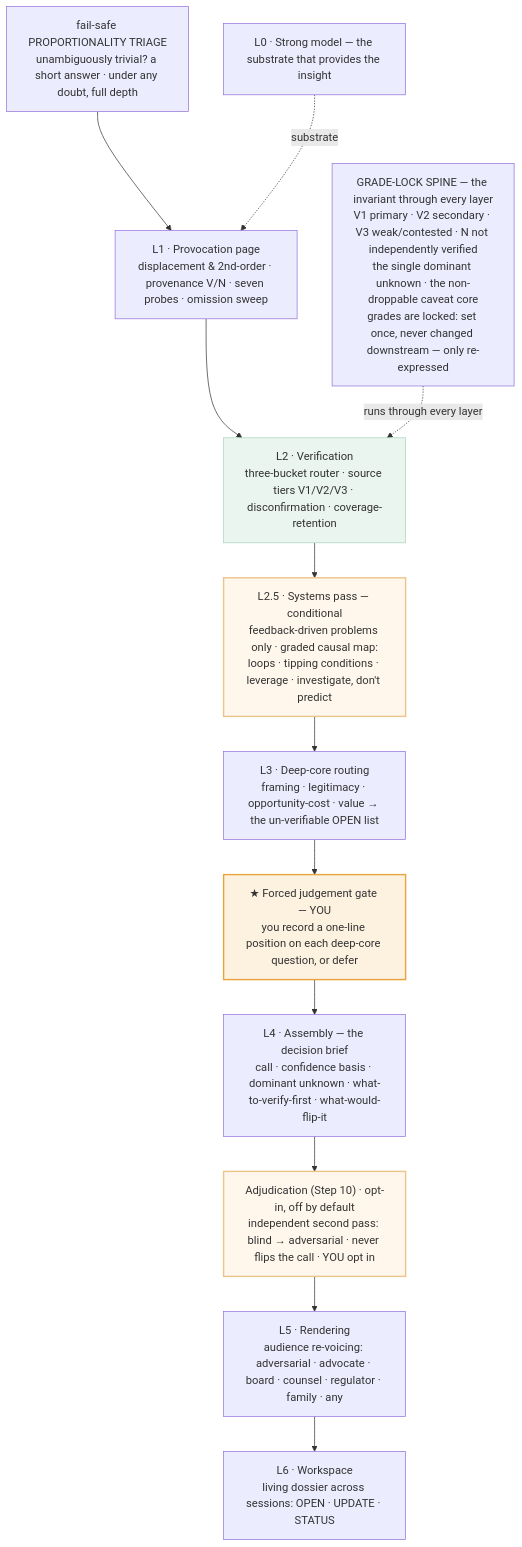
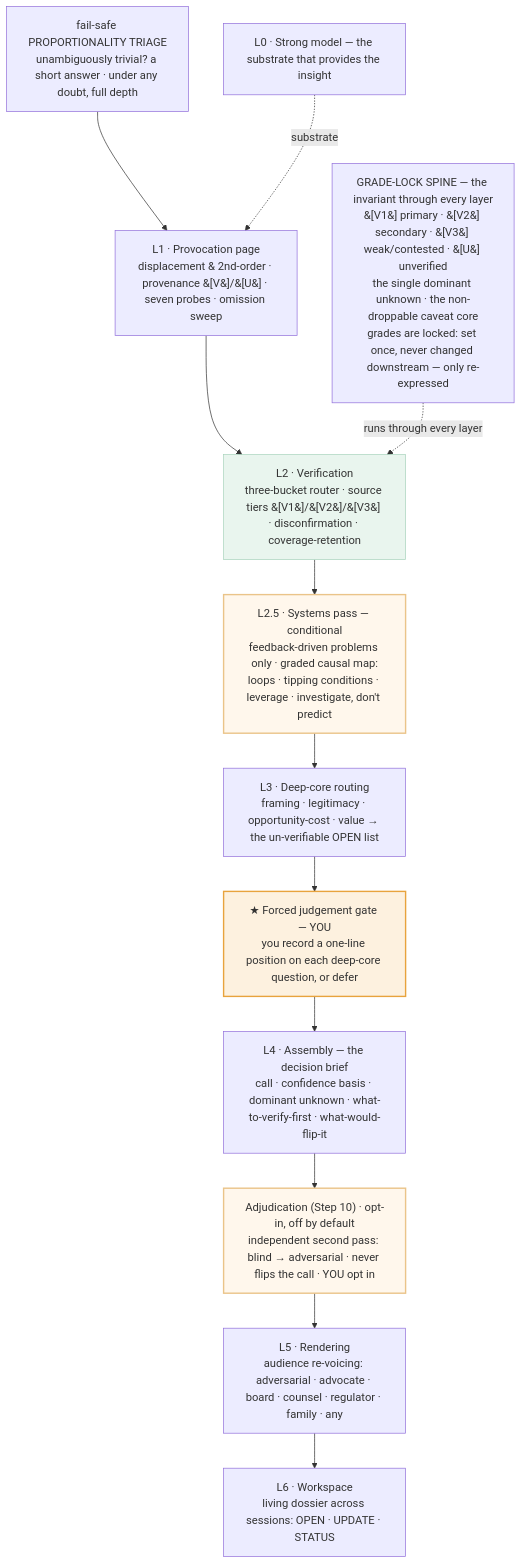
Before and after one commit to ComplexAR/Insight-Engine: the first of 2 diagrams in docs/User-Operating-Guide.md, drawn with Mermaid. The commit also changed other lines of this file and 19 other files, not shown here.

````diff
--- a/docs/User-Operating-Guide.md
+++ b/docs/User-Operating-Guide.md
@@ -47,23 +47,23 @@
 ```mermaid
 flowchart TD
     TR["fail-safe PROPORTIONALITY TRIAGE<br/>unambiguously trivial? a short answer · under any doubt, full depth"]
-    TR --> L1["L1 · Provocation page<br/>displacement &amp; 2nd-order · provenance V/N · seven probes · omission sweep"]
-    L1 --> L2["L2 · Verification<br/>three-bucket router · source tiers V1/V2/V3 · disconfirmation · coverage-retention"]
+    TR --> L1["L1 · Provocation page<br/>displacement &amp; 2nd-order · provenance &#91;V&#93;/&#91;U&#93; · seven probes · omission sweep"]
+    L1 --> L2["L2 · Verification<br/>three-bucket router · source tiers &#91;V1&#93;/&#91;V2&#93;/&#91;V3&#93; · disconfirmation · coverage-retention"]
     L2 --> L25["L2.5 · Systems pass — conditional<br/>feedback-driven problems only · graded causal map:<br/>loops · tipping conditions · leverage · investigate, don't predict"]
     L25 --> L3["L3 · Deep-core routing<br/>framing · legitimacy · opportunity-cost · value → the un-verifiable OPEN list"]
     L3 --> GATE["★ Forced judgement gate — YOU<br/>you record a one-line position on each deep-core question, or defer"]
     GATE --> L4["L4 · Assembly — the decision brief<br/>call · confidence basis · dominant unknown · what-to-verify-first · what-would-flip-it"]
     L4 --> ADJ["Adjudication (Step 10) · opt-in, off by default<br/>independent second pass: blind → adversarial · never flips the call · YOU opt in"]
     ADJ --> L5["L5 · Rendering<br/>audience re-voicing: adversarial · advocate · board · counsel · regulator · family · any"]
     L5 --> L6["L6 · Workspace<br/>living dossier across sessions: OPEN · UPDATE · STATUS"]
     L0["L0 · Strong model — the substrate that provides the insight"] -.->|substrate| L1
-    SPINE["GRADE-LOCK SPINE — the invariant through every layer<br/>V1 primary · V2 secondary · V3 weak/contested · N not independently verified<br/>the single dominant unknown · the non-droppable caveat core<br/>grades are locked: set once, never changed downstream — only re-expressed"]
+    SPINE["GRADE-LOCK SPINE — the invariant through every layer<br/>&#91;V1&#93; primary · &#91;V2&#93; secondary · &#91;V3&#93; weak/contested · &#91;U&#93; unverified<br/>the single dominant unknown · the non-droppable caveat core<br/>grades are locked: set once, never changed downstream — only re-expressed"]
     SPINE -.->|runs through every layer| L2
     classDef gate fill:#fdf1df,stroke:#e8a33d,stroke-width:2px;
     classDef cond fill:#fff7ec,stroke:#eac489,stroke-width:2px;
     classDef green fill:#e9f5ee,stroke:#a9d4bd;
     class GATE gate;
     class L25 cond;
     class ADJ cond;
     class L2 green;
 ```
````
